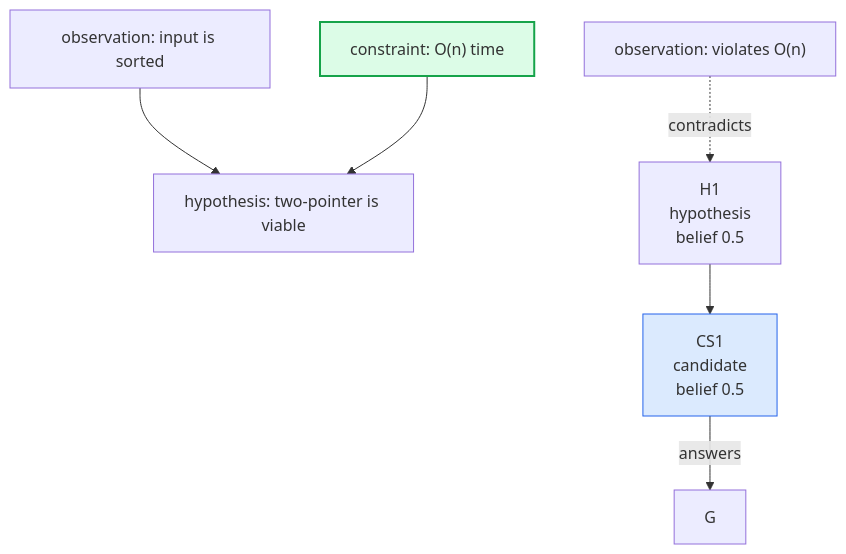
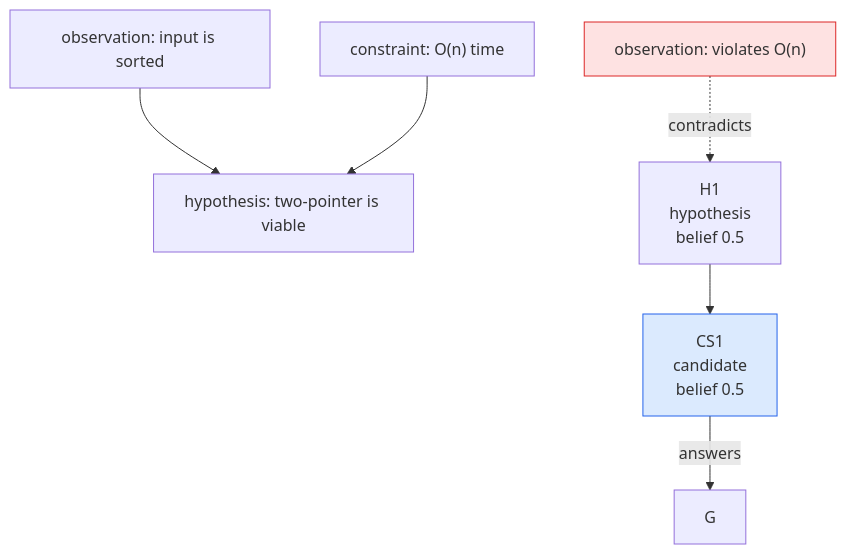
The diagram in skills/reasoning-graph/docs/rendering.md (xian0x5a/reasoning-graph), drawn with Mermaid before and after one commit. The commit also changed other lines of this file and 4 other files, not shown here.

Commit message:
docs: the state is the graph (ADR 0013)

````diff
--- a/skills/reasoning-graph/docs/rendering.md
+++ b/skills/reasoning-graph/docs/rendering.md
@@ -120,18 +120,14 @@
 ```mermaid
 flowchart TD
   O1["observation: input is sorted"] --> H2["hypothesis: two-pointer is viable"]
   C1["constraint: O(n) time"] --> H2
   H1["H1<br/>hypothesis<br/>belief 0.5"] --> CS1["CS1<br/>candidate<br/>belief 0.5"]
   CS1 -- answers --> G
   O2["observation: violates O(n)"] -. contradicts .-> H1
 
-  classDef winning fill:#dcfce7,stroke:#16a34a,stroke-width:2px;
   classDef candidate fill:#dbeafe,stroke:#2563eb;
-  classDef dim fill:#f3f4f6,stroke:#9ca3af,color:#9ca3af;
   classDef bad fill:#fee2e2,stroke:#dc2626;
 
-  class E1,C1,D1 winning;
   class CS1 candidate;
-  class A1 dim;
-  class E2 bad;
+  class O2 bad;
 ```
````
